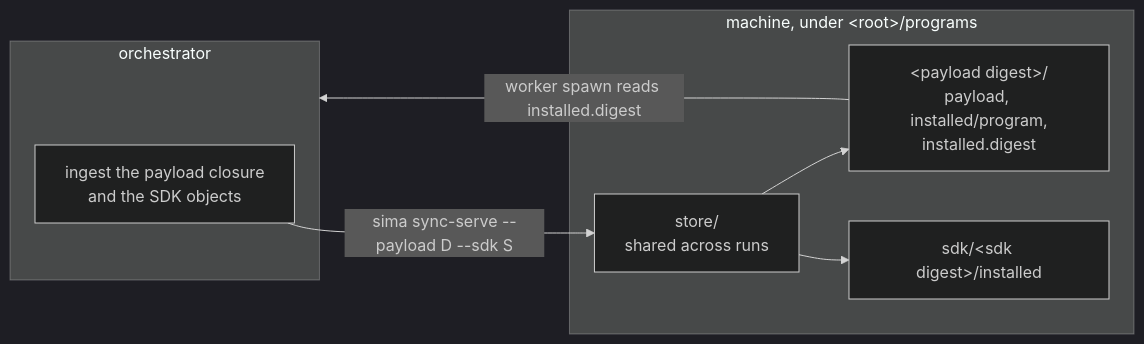
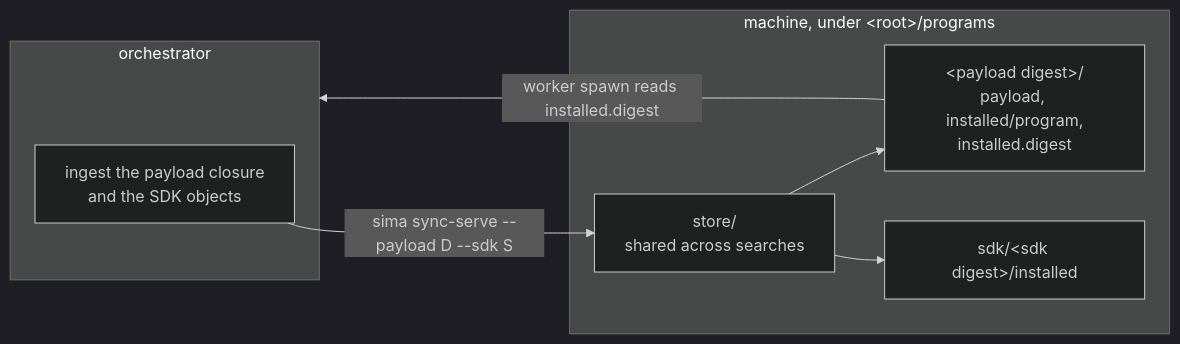
The third of 3 diagrams in docs/architecture.md (alvatar/sima), drawn with Mermaid (dark theme) before and after one commit. The commit also changed other lines of this file and 188 other files, not shown here.

````diff
--- a/docs/architecture.md
+++ b/docs/architecture.md
@@ -1414,15 +1422,15 @@
 ```mermaid
 flowchart LR
   subgraph ORCH["orchestrator"]
     ING["ingest the payload closure<br/>and the SDK objects"]
   end
   subgraph MACH["machine, under &lt;root&gt;/programs"]
-    ST["store/<br/>shared across runs"]
+    ST["store/<br/>shared across searches"]
     TREE["&lt;payload digest&gt;/<br/>payload, installed/program,<br/>installed.digest"]
     SDK["sdk/&lt;sdk digest&gt;/installed"]
   end
   ING -->|"sima sync-serve --payload D --sdk S"| ST
   ST --> TREE
   ST --> SDK
   TREE -->|"worker spawn reads installed.digest"| ORCH
 ```
````
